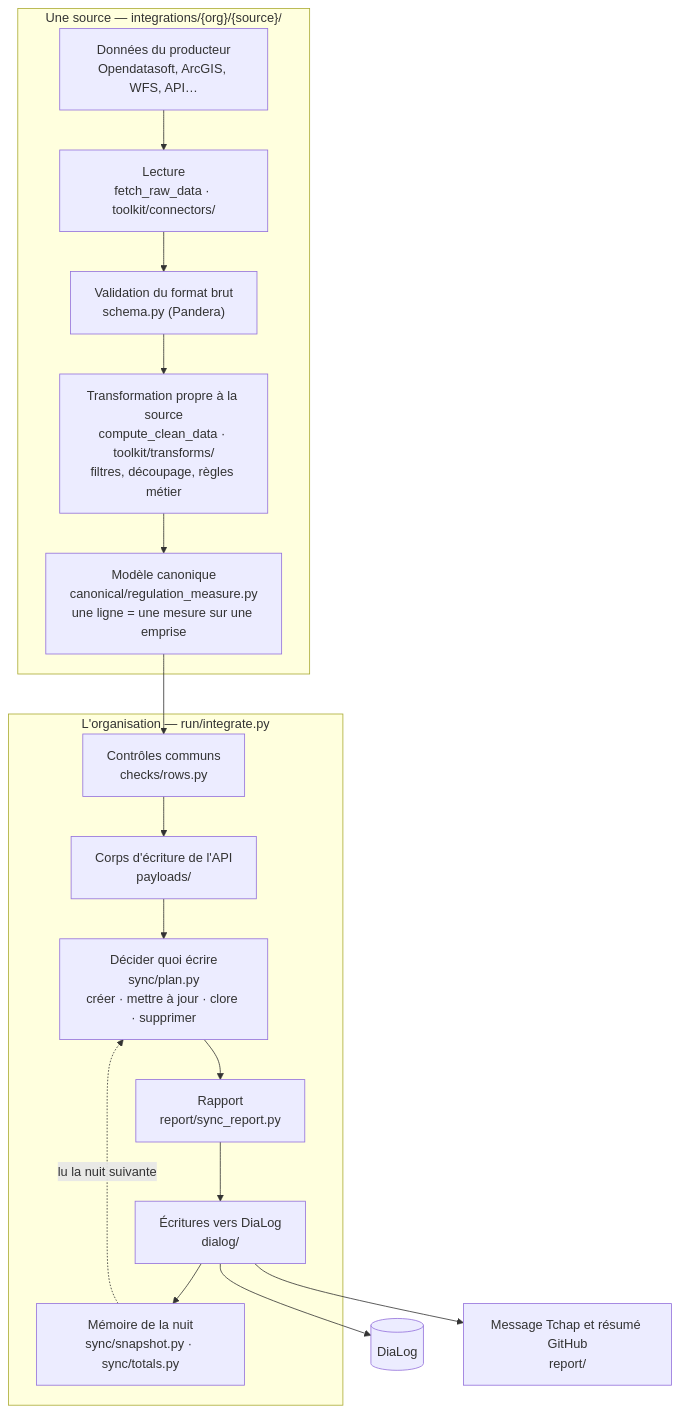
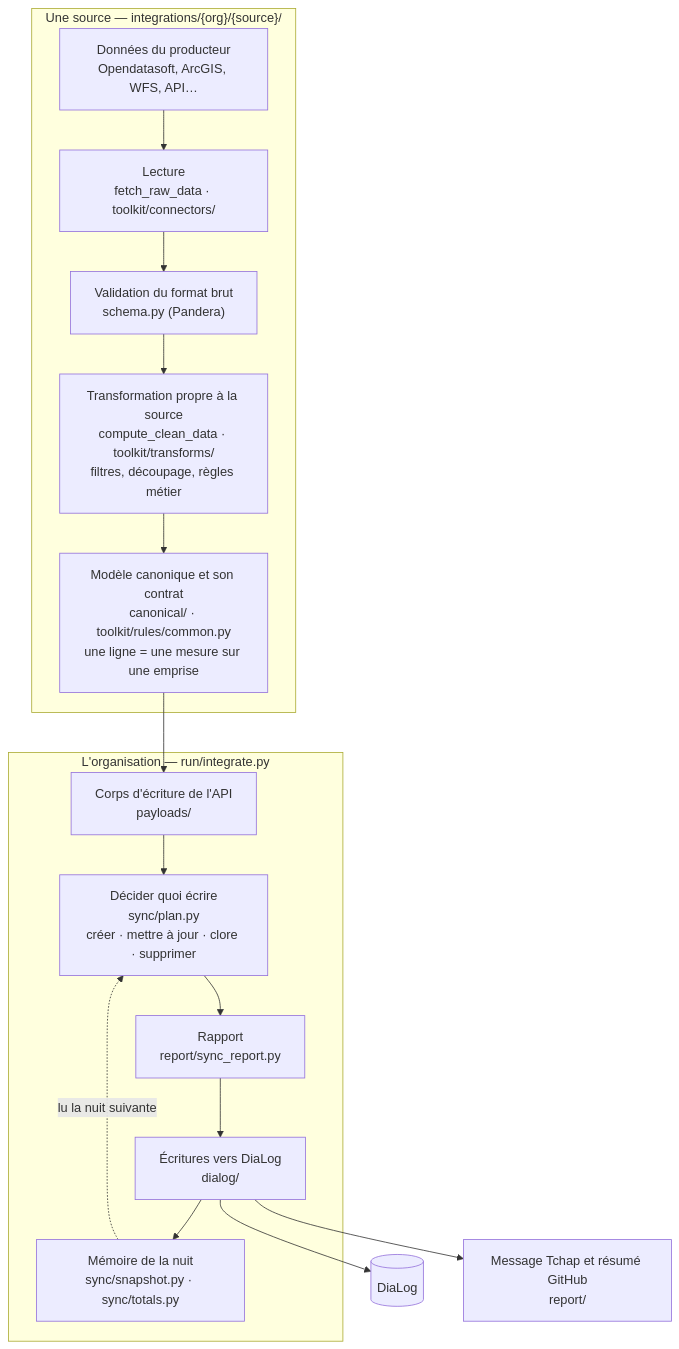
One commit to MTES-MCT/dialog-integrations changed the first of 2 diagrams in docs/architecture.md. Above: the diagram before and after it, drawn with Mermaid. The commit also changed other lines of this file and 18 other files, not shown here.

Commit message:
refactor(rules): the common checks become the contract rules, applied last and never disabled

````diff
--- a/docs/architecture.md
+++ b/docs/architecture.md
@@ -14,26 +14,25 @@
 ```mermaid
 flowchart TD
     subgraph SRC["Une source — integrations/{org}/{source}/"]
         A["Données du producteur<br/>Opendatasoft, ArcGIS, WFS, API…"]
         B["Lecture<br/>fetch_raw_data · toolkit/connectors/"]
         C["Validation du format brut<br/>schema.py (Pandera)"]
         D["Transformation propre à la source<br/>compute_clean_data · toolkit/transforms/<br/>filtres, découpage, règles métier"]
-        E["Modèle canonique<br/>canonical/regulation_measure.py<br/>une ligne = une mesure sur une emprise"]
+        E["Modèle canonique et son contrat<br/>canonical/ · toolkit/rules/common.py<br/>une ligne = une mesure sur une emprise"]
         A --> B --> C --> D --> E
     end
 
     subgraph ORG["L'organisation — run/integrate.py"]
-        F["Contrôles communs<br/>checks/rows.py"]
         G["Corps d'écriture de l'API<br/>payloads/"]
         H["Décider quoi écrire<br/>sync/plan.py<br/>créer · mettre à jour · clore · supprimer"]
         I["Rapport<br/>report/sync_report.py"]
         J["Écritures vers DiaLog<br/>dialog/"]
         K["Mémoire de la nuit<br/>sync/snapshot.py · sync/totals.py"]
-        F --> G --> H --> I --> J --> K
+        G --> H --> I --> J --> K
     end
 
-    E --> F
+    E --> G
     J --> L[("DiaLog")]
     K -.->|"lu la nuit suivante"| H
     J --> M["Message Tchap et résumé GitHub<br/>report/"]
 ```
````
